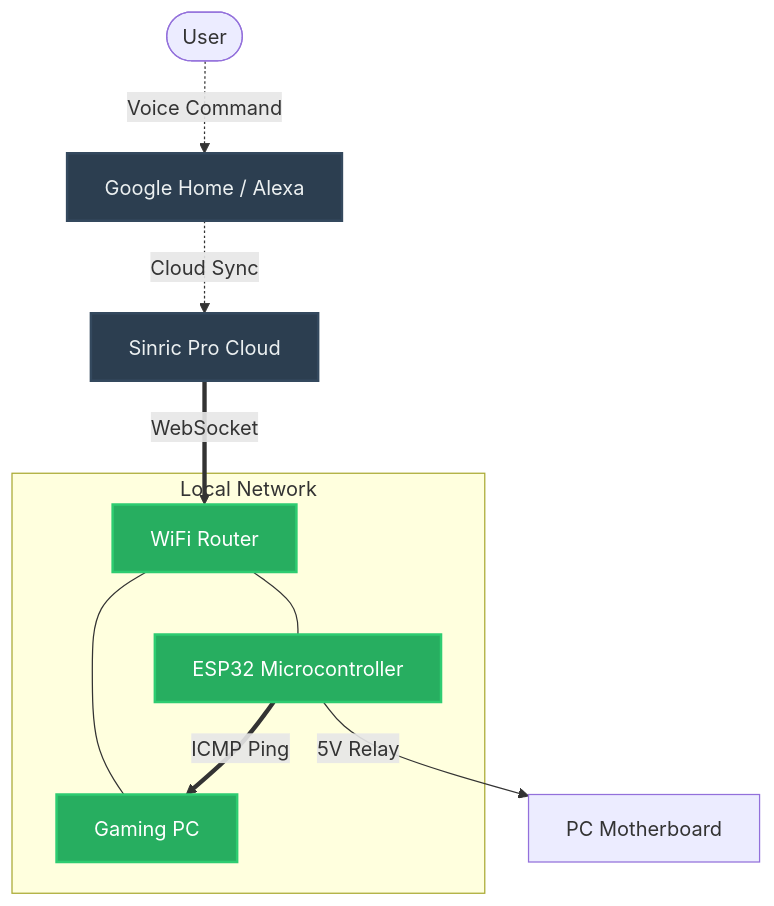
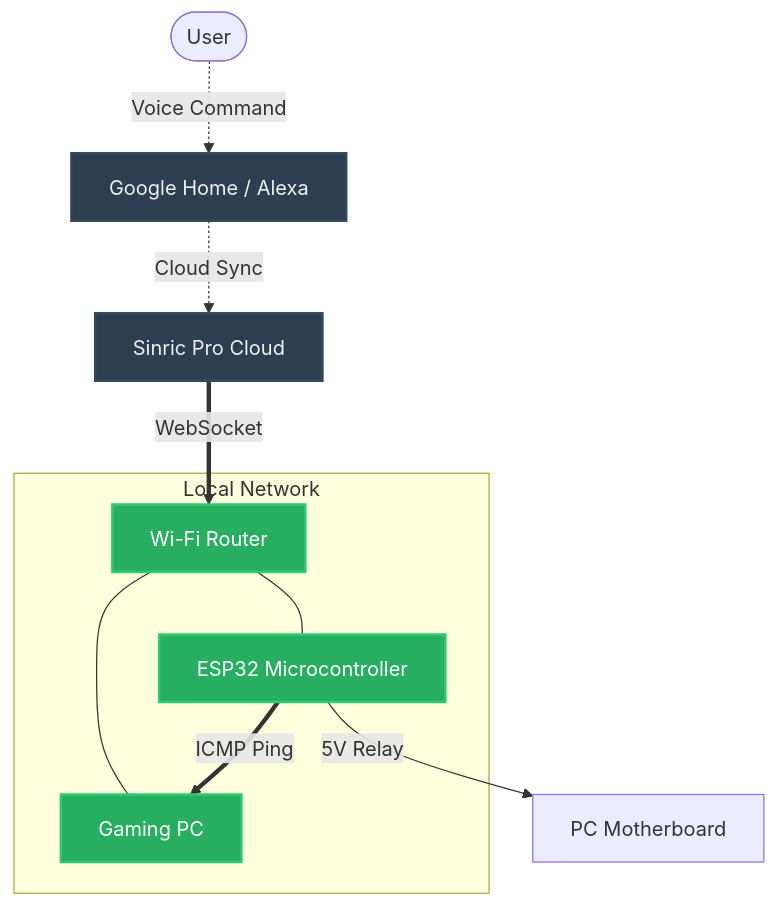
Before and after one commit to chetangoswami/esp32-sinricpro-smart-pc-power: the first of 5 diagrams in README.md, drawn with Mermaid. The commit also changed other lines of this file and 1 other file, not shown here.

````diff
--- a/README.md
+++ b/README.md
@@ -71,28 +82,28 @@
 ```mermaid
 graph TD
     User([User]) -.->|Voice Command| VoiceApp[Google Home / Alexa]
     VoiceApp -.->|Cloud Sync| SinricPro[Sinric Pro Cloud]
     
     subgraph Local Network
-        Router[WiFi Router]
+        Router[Wi-Fi Router]
         ESP32[ESP32 Microcontroller]
         PC[Gaming PC]
         
         Router --- ESP32
         Router --- PC
     end
     
     SinricPro == WebSocket ==> Router
     ESP32 == ICMP Ping ==> PC
 
     ESP32 -- 5V Relay --> Case[PC Motherboard]
     
     classDef cloud fill:#2c3e50,stroke:#34495e,stroke-width:2px,color:#ecf0f1;
     classDef hardware fill:#27ae60,stroke:#2ecc71,stroke-width:2px,color:#fff;
     
     SinricPro:::cloud
     VoiceApp:::cloud
     ESP32:::hardware
     PC:::hardware
     Router:::hardware
 ```
````
